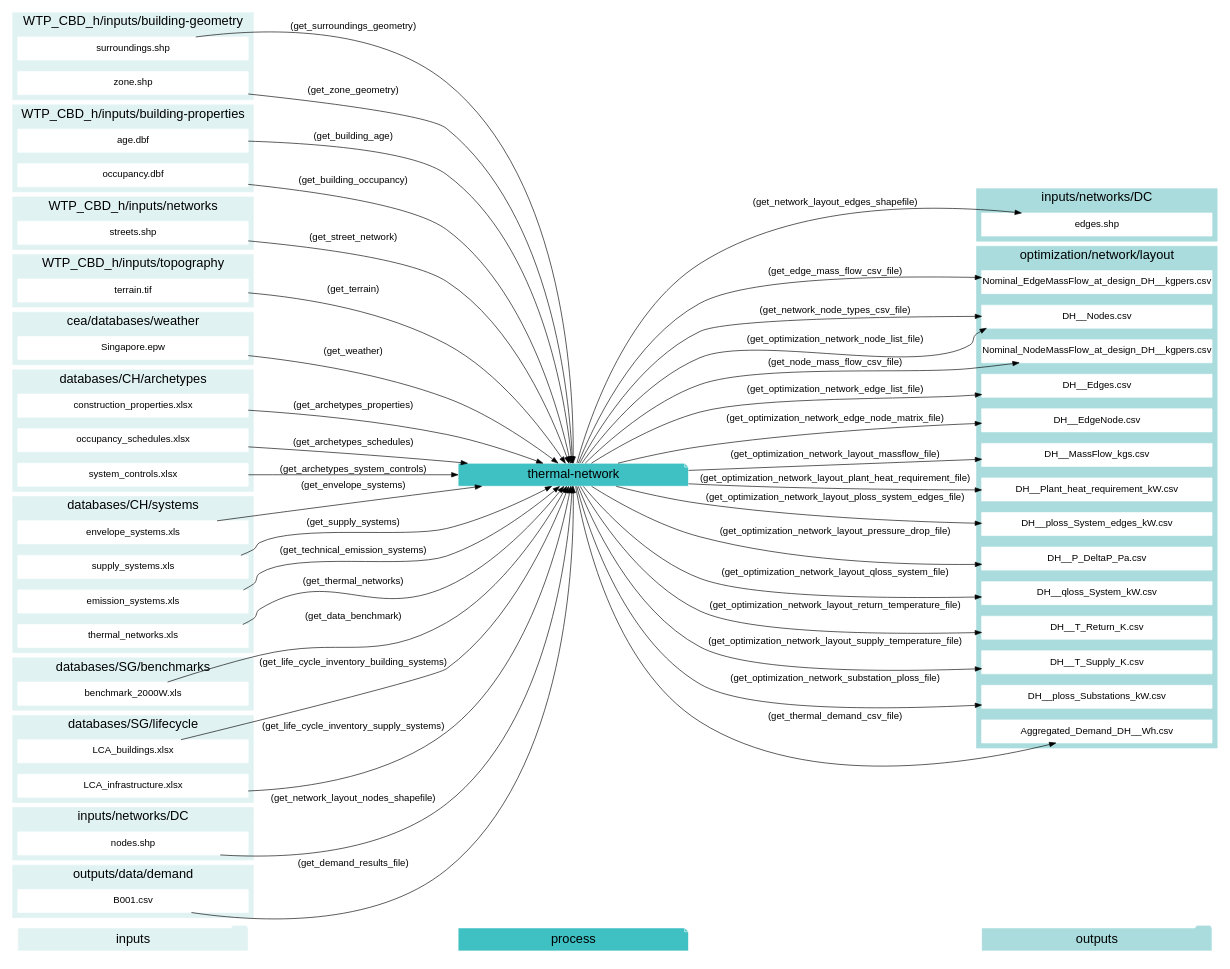
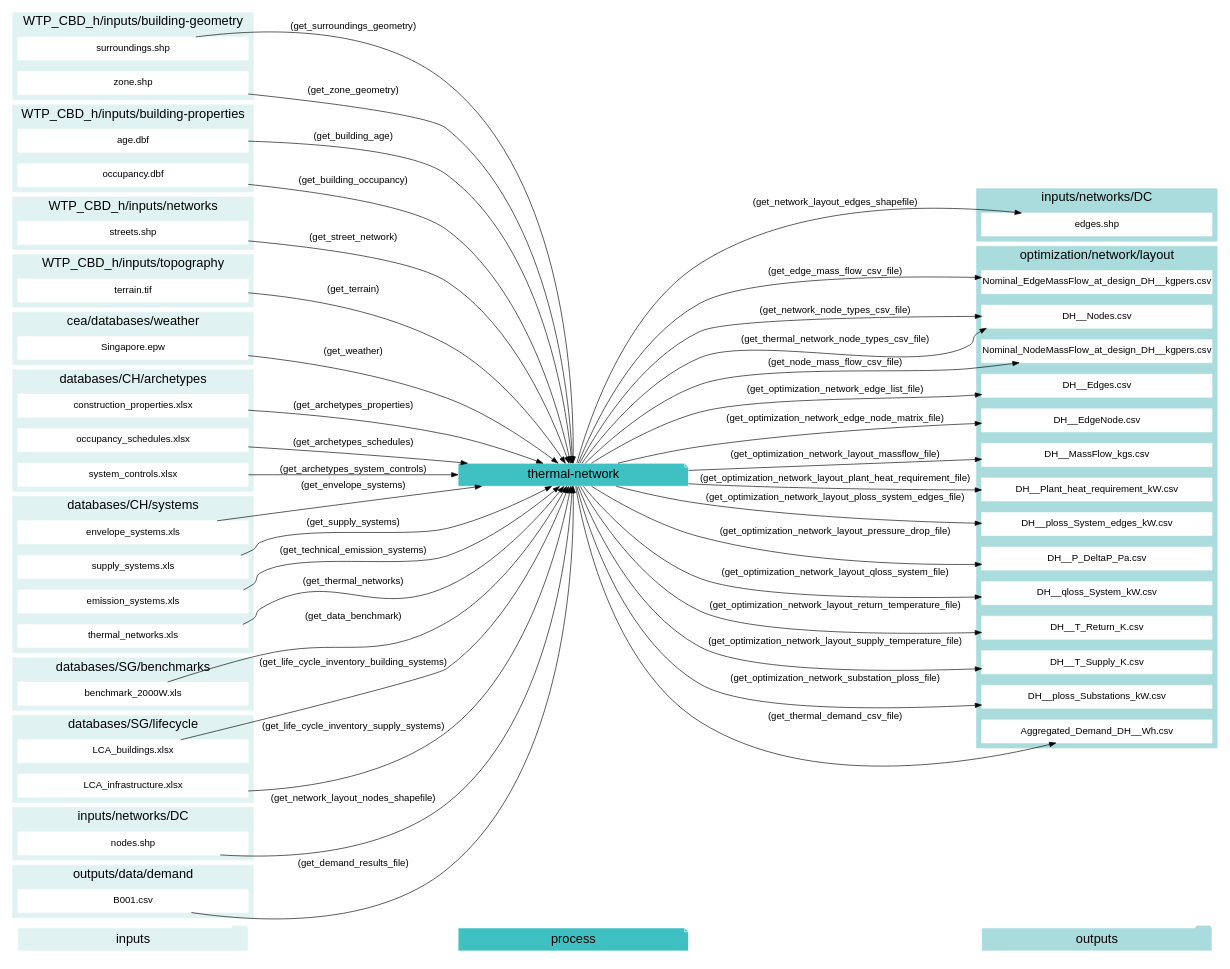
The seventh of 12 diagrams in docs/script-data-flow.rst (architecture-building-systems/CityEnergyAnalyst), drawn with Graphviz before and after one commit. The commit also changed 4 other files, not shown here.

```diff
--- a/docs/script-data-flow.rst
+++ b/docs/script-data-flow.rst
@@ -1014,7 +1014,7 @@
     "thermal-network" -> "DH__qloss_System_kW.csv"[label="(get_optimization_network_layout_qloss_system_file)"]
     "thermal-network" -> "DH__T_Return_K.csv"[label="(get_optimization_network_layout_return_temperature_file)"]
     "thermal-network" -> "DH__T_Supply_K.csv"[label="(get_optimization_network_layout_supply_temperature_file)"]
-    "thermal-network" -> "DH__Nodes.csv"[label="(get_optimization_network_node_list_file)"]
+    "thermal-network" -> "DH__Nodes.csv"[label="(get_thermal_network_node_types_csv_file)"]
     "thermal-network" -> "DH__ploss_Substations_kW.csv"[label="(get_optimization_network_substation_ploss_file)"]
     "thermal-network" -> "Aggregated_Demand_DH__Wh.csv"[label="(get_thermal_demand_csv_file)"]
     }
```
